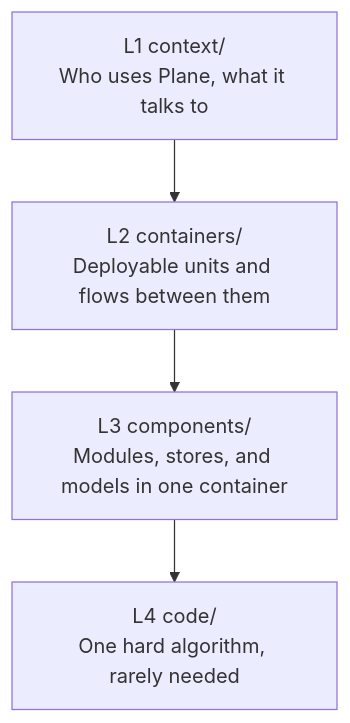
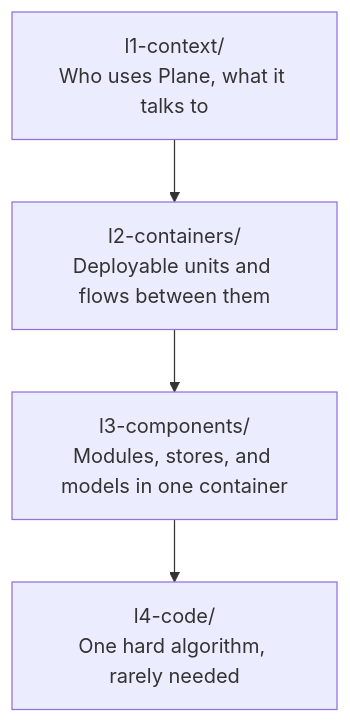
The diagram in docs/architecture/c4/INDEX.md (psarma89/plane), drawn with Mermaid before and after one commit. The commit also changed other lines of this file and 53 other files, not shown here.

First line of the commit message:
docs: complete the C4 architecture set, L1 to L4 (#9)

````diff
--- a/docs/architecture/c4/INDEX.md
+++ b/docs/architecture/c4/INDEX.md
@@ -18,7 +18,7 @@
 ```mermaid
 flowchart TD
-    L1["L1 context/<br/>Who uses Plane, what it talks to"] --> L2
-    L2["L2 containers/<br/>Deployable units and flows between them"] --> L3
-    L3["L3 components/<br/>Modules, stores, and models in one container"] --> L4
-    L4["L4 code/<br/>One hard algorithm, rarely needed"]
+    L1["l1-context/<br/>Who uses Plane, what it talks to"] --> L2
+    L2["l2-containers/<br/>Deployable units and flows between them"] --> L3
+    L3["l3-components/<br/>Modules, stores, and models in one container"] --> L4
+    L4["l4-code/<br/>One hard algorithm, rarely needed"]
 ```
````
